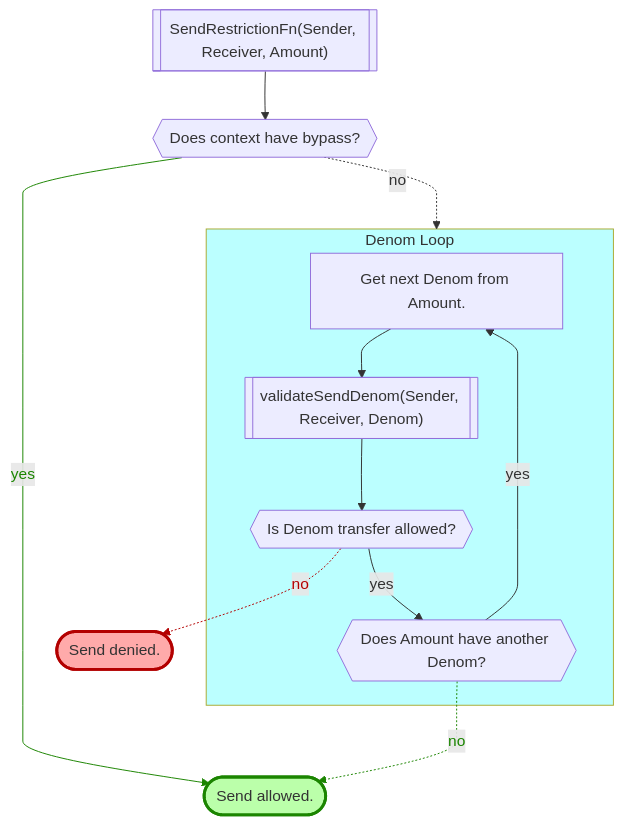
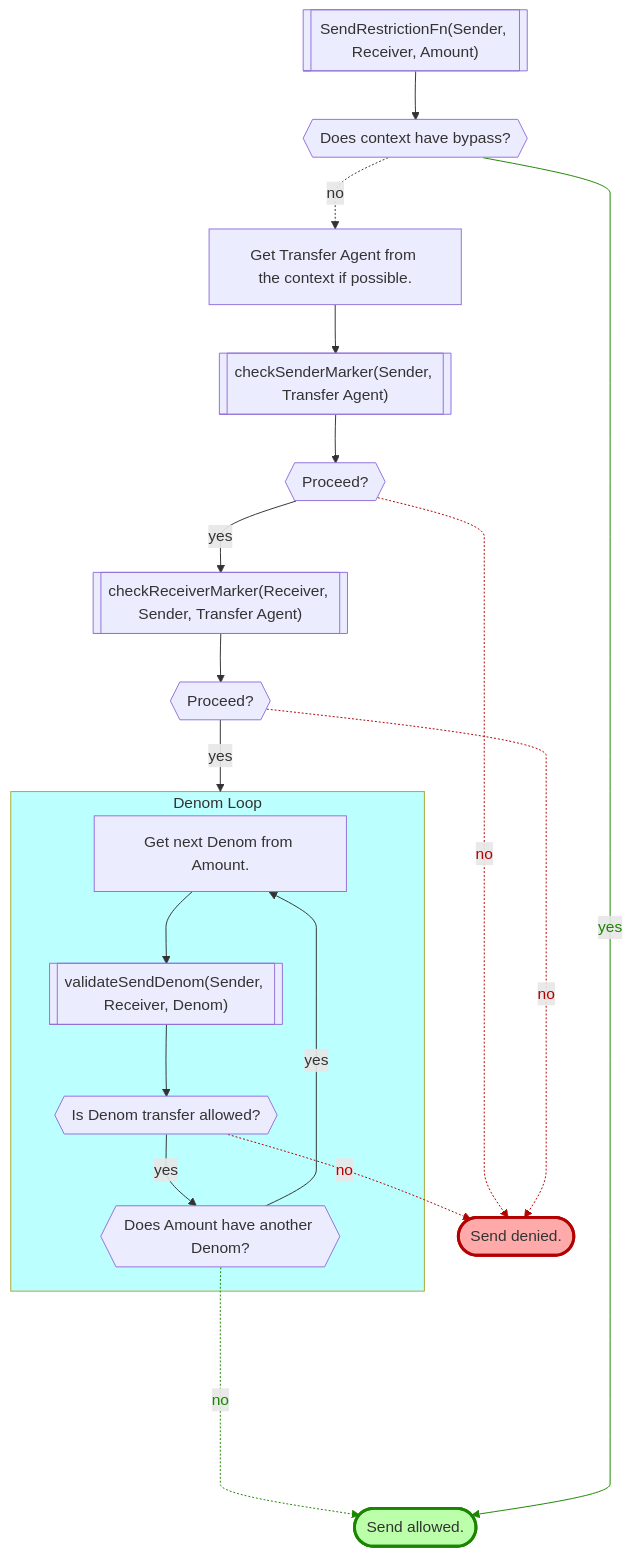
Before and after one commit to provenance-io/provenance: the first of 8 diagrams in x/marker/spec/12_transfers.md, drawn with Mermaid. The commit also changed other lines of this file and 37 other files, not shown here.

````diff
--- a/x/marker/spec/12_transfers.md
+++ b/x/marker/spec/12_transfers.md
@@ -91,29 +105,41 @@
 ```mermaid
 %%{ init: { 'flowchart': { 'curve': 'monotoneY'} } }%%
 flowchart TD
     start[["SendRestrictionFn(Sender, Receiver, Amount)"]]
     qhasbp{{"Does context have bypass?"}}
+    gta["Get Transfer Agent from the context if possible."]
+    csm[["checkSenderMarker(Sender, Transfer Agent)"]]
+    issmok{{"Proceed?"}}
+    crm[["checkReceiverMarker(Receiver, Sender, Transfer Agent)"]]
+    isrmok{{"Proceed?"}}
     nextd["Get next Denom from Amount."]
     vsd[["validateSendDenom(Sender, Receiver, Denom)"]]
     isdok{{"Is Denom transfer allowed?"}}
     mored{{"Does Amount have another Denom?"}}
     ok(["Send allowed."])
     style ok fill:#bbffaa,stroke:#1b8500,stroke-width:3px
     denied(["Send denied."])
     style denied fill:#ffaaaa,stroke:#b30000,stroke-width:3px
     start --> qhasbp
-    qhasbp ------>|yes| ok
-    qhasbp -.->|no| denomloop
+    qhasbp -.->|no| gta
+    gta --> csm
+    csm --> issmok
+    issmok -->|yes| crm
+    issmok -.->|no| denied
+    crm --> isrmok
+    isrmok -->|yes| denomloop
+    isrmok -.->|no| denied
     subgraph denomloop ["Denom Loop"]
     isdok -->|yes| mored
     vsd --> isdok
     mored -->|yes| nextd
     nextd --> vsd
     end
-    mored -.->|no| ok
+    mored -....->|no| ok
+    qhasbp ------>|yes| ok
     isdok -.->|no| denied
 
     style denomloop fill:#bbffff
-    linkStyle 8 stroke:#b30000,color:#b30000
-    linkStyle 1,7 stroke:#1b8500,color:#1b8500
+    linkStyle 5,8,15 stroke:#b30000,color:#b30000
+    linkStyle 13,14 stroke:#1b8500,color:#1b8500
 ```
````
